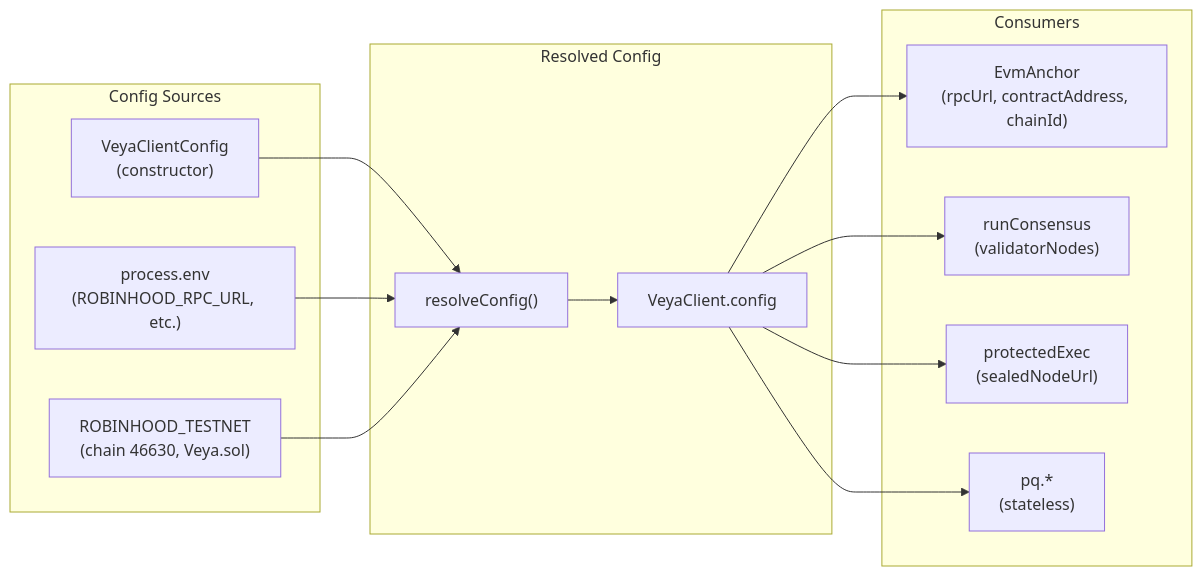
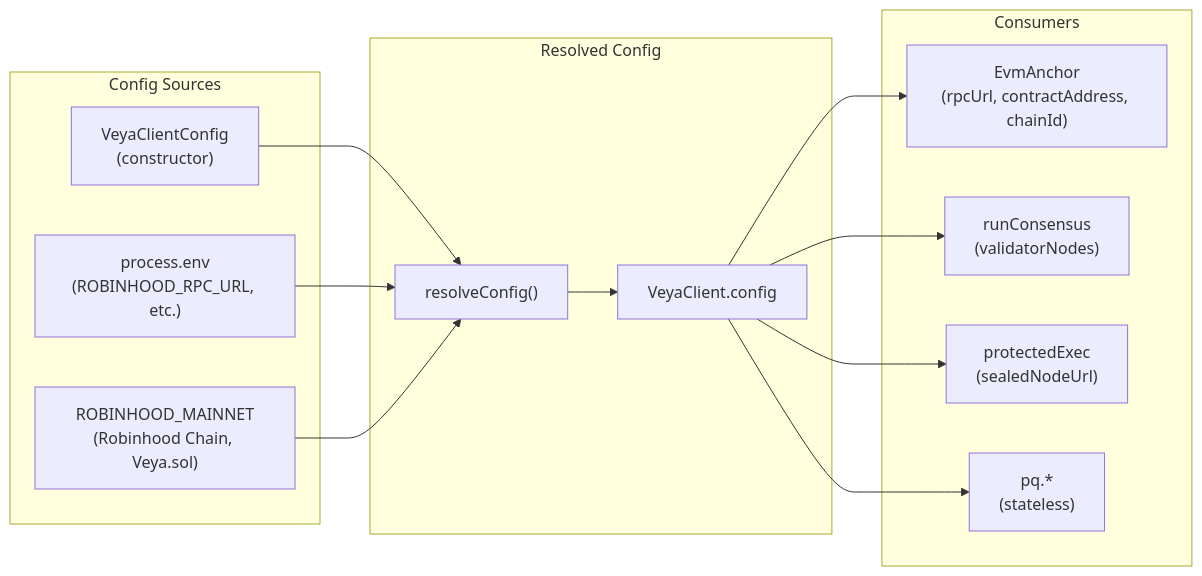
Before and after one commit to veyanet/veya-sdk: the first of 2 diagrams in docs/sdk/configuration.md, drawn with Mermaid. The commit also changed other lines of this file, not shown here.

Commit message:
docs: document network option and mainnet default in sdk configuration

````diff
--- a/docs/sdk/configuration.md
+++ b/docs/sdk/configuration.md
@@ -85,29 +83,29 @@
 ```mermaid
 flowchart LR
     subgraph Sources["Config Sources"]
         Opts["VeyaClientConfig\n(constructor)"]
         Env["process.env\n(ROBINHOOD_RPC_URL, etc.)"]
-        Def["ROBINHOOD_TESTNET\n(chain 46630, Veya.sol)"]
+        Def["ROBINHOOD_MAINNET\n(Robinhood Chain, Veya.sol)"]
     end
 
     subgraph Resolved["Resolved Config"]
         RC["resolveConfig()"]
         VC["VeyaClient.config"]
     end
 
     subgraph Consumers["Consumers"]
         EA["EvmAnchor\n(rpcUrl, contractAddress, chainId)"]
         CS["runConsensus\n(validatorNodes)"]
         SE["protectedExec\n(sealedNodeUrl)"]
         PQ["pq.*\n(stateless)"]
     end
 
     Opts --> RC
     Env --> RC
     Def --> RC
     RC --> VC
     VC --> EA
     VC --> CS
     VC --> SE
     VC --> PQ
 ```
````
